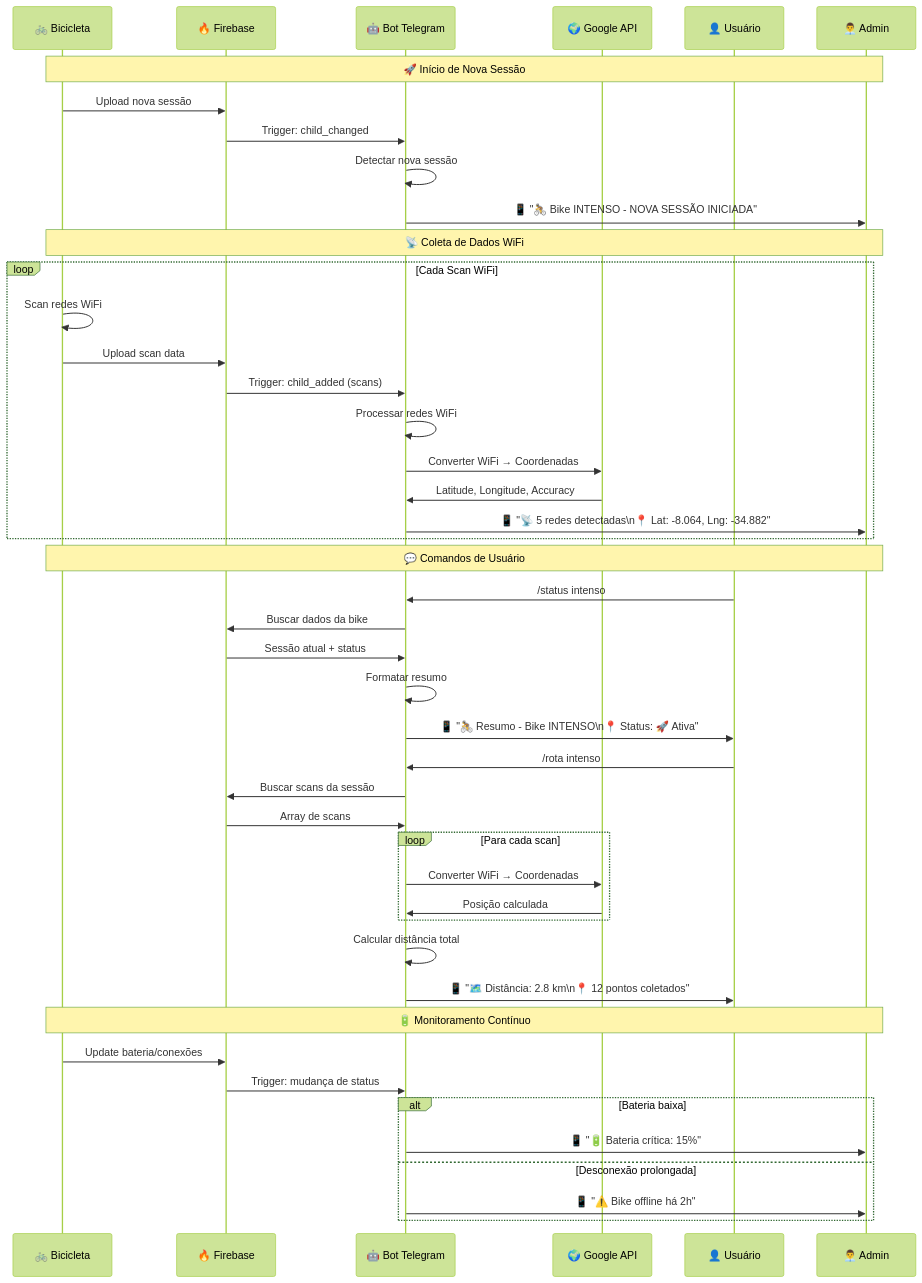
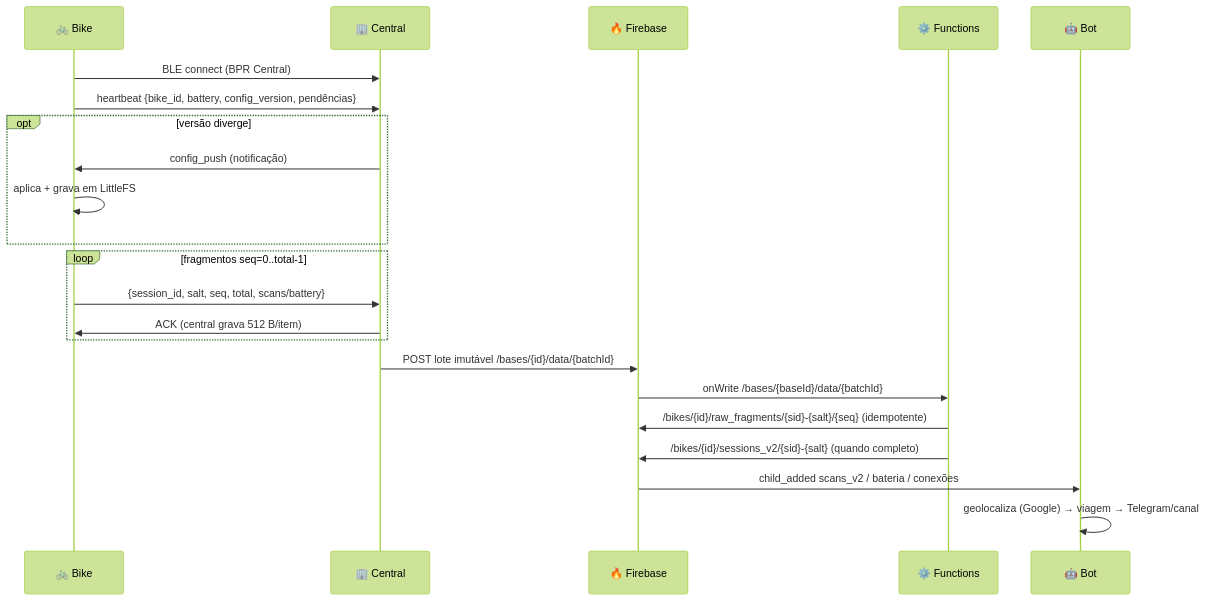
Before and after one commit to Ameciclo/bpr-sistema: the second of 5 diagrams in README.md, drawn with Mermaid (forest theme). The commit also changed other lines of this file and 51 other files, not shown here.

````diff
--- a/README.md
+++ b/README.md
@@ -821,52 +84,25 @@
 ```mermaid
 sequenceDiagram
-    participant B as 🚲 Bicicleta
+    participant B as 🚲 Bike
+    participant C as 🏢 Central
     participant F as 🔥 Firebase
-    participant Bot as 🤖 Bot Telegram
-    participant G as 🌍 Google API
-    participant U as 👤 Usuário
-    participant A as 👨‍💼 Admin
-    
-    Note over B,A: 🚀 Início de Nova Sessão
-    B->>F: Upload nova sessão
-    F->>Bot: Trigger: child_changed
-    Bot->>Bot: Detectar nova sessão
-    Bot->>A: 📱 "🚴 Bike INTENSO - NOVA SESSÃO INICIADA"
-    
-    Note over B,A: 📡 Coleta de Dados WiFi
-    loop Cada Scan WiFi
-        B->>B: Scan redes WiFi
-        B->>F: Upload scan data
-        F->>Bot: Trigger: child_added (scans)
-        Bot->>Bot: Processar redes WiFi
-        Bot->>G: Converter WiFi → Coordenadas
-        G->>Bot: Latitude, Longitude, Accuracy
-        Bot->>A: 📱 "📡 5 redes detectadas\n📍 Lat: -8.064, Lng: -34.882"
+    participant N as ⚙️ Functions
+    participant BOT as 🤖 Bot
+
+    B->>C: BLE connect (BPR Central)
+    B->>C: heartbeat {bike_id, battery, config_version, pendências}
+    opt versão diverge
+        C->>B: config_push (notificação)
+        B->>B: aplica + grava em LittleFS
     end
-    
-    Note over B,A: 💬 Comandos de Usuário
-    U->>Bot: /status intenso
-    Bot->>F: Buscar dados da bike
-    F->>Bot: Sessão atual + status
-    Bot->>Bot: Formatar resumo
-    Bot->>U: 📱 "🚴 Resumo - Bike INTENSO\n📍 Status: 🚀 Ativa"
-    
-    U->>Bot: /rota intenso
-    Bot->>F: Buscar scans da sessão
-    F->>Bot: Array de scans
-    loop Para cada scan
-        Bot->>G: Converter WiFi → Coordenadas
-        G->>Bot: Posição calculada
+    loop fragmentos seq=0..total-1
+        B->>C: {session_id, salt, seq, total, scans/battery}
+        C->>B: ACK (central grava 512 B/item)
     end
-    Bot->>Bot: Calcular distância total
-    Bot->>U: 📱 "🗺️ Distância: 2.8 km\n📍 12 pontos coletados"
-    
-    Note over B,A: 🔋 Monitoramento Contínuo
-    B->>F: Update bateria/conexões
-    F->>Bot: Trigger: mudança de status
-    alt Bateria baixa
-        Bot->>A: 📱 "🔋 Bateria crítica: 15%"
-    else Desconexão prolongada
-        Bot->>A: 📱 "⚠️ Bike offline há 2h"
-    end
+    C->>F: POST lote imutável /bases/{id}/data/{batchId}
+    F->>N: onWrite /bases/{baseId}/data/{batchId}
+    N->>F: /bikes/{id}/raw_fragments/{sid}-{salt}/{seq} (idempotente)
+    N->>F: /bikes/{id}/sessions_v2/{sid}-{salt} (quando completo)
+    F->>BOT: child_added scans_v2 / bateria / conexões
+    BOT->>BOT: geolocaliza (Google) → viagem → Telegram/canal
 ```
````
